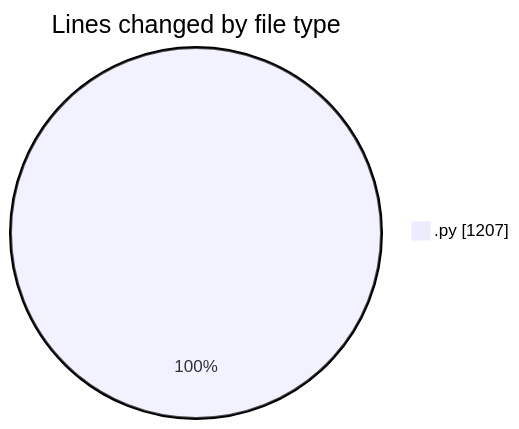
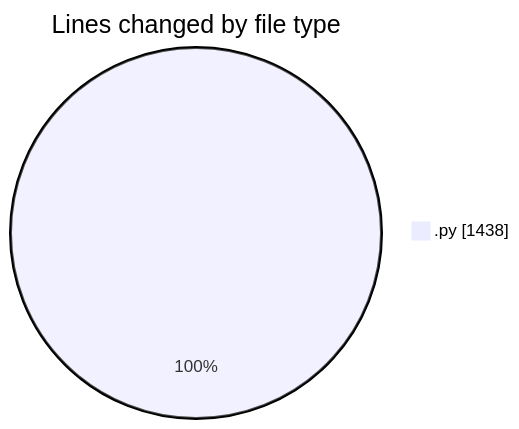
One commit to FelipKnott/code-tracking changed the first of 2 diagrams in 2025-07-03/cursor/README.md. Above: the diagram before and after it, drawn with Mermaid. The commit also changed other lines of this file and 1 other file, not shown here.

````diff
--- a/2025-07-03/cursor/README.md
+++ b/2025-07-03/cursor/README.md
@@ -27,5 +27,5 @@
 ```mermaid
 pie showData
 title Lines changed by file type
-".py" : 1207
+".py" : 1438
 ```
````
